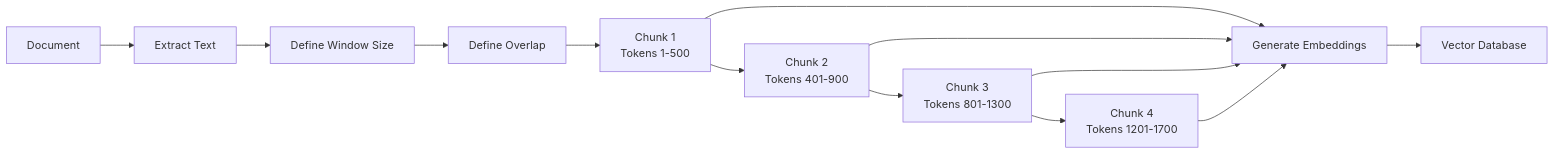
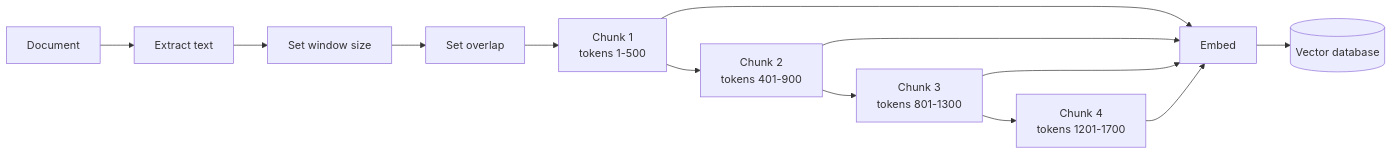
The third of 6 diagrams in app/demos/rag/chunking/README.md (jjaaxx44/genai-personal-lab-rag), drawn with Mermaid before and after one commit. The commit also changed other lines of this file and 32 other files, not shown here.

````diff
--- a/app/demos/rag/chunking/README.md
+++ b/app/demos/rag/chunking/README.md
@@ -62,18 +51,15 @@
 ```mermaid
 flowchart LR
-    A[Document] --> B[Extract Text]
-    B --> C[Define Window Size]
-    C --> D[Define Overlap]
-
-    D --> E[Chunk 1<br/>Tokens 1-500]
-    E --> F[Chunk 2<br/>Tokens 401-900]
-    F --> G[Chunk 3<br/>Tokens 801-1300]
-    G --> H[Chunk 4<br/>Tokens 1201-1700]
-
-    E --> I[Generate Embeddings]
-    F --> I
-    G --> I
-    H --> I
-
-    I --> J[Vector Database]
+  A["Document"] --> B["Extract text"]
+  B --> C["Set window size"]
+  C --> D["Set overlap"]
+  D --> E["Chunk 1<br/>tokens 1-500"]
+  E --> F["Chunk 2<br/>tokens 401-900"]
+  F --> G["Chunk 3<br/>tokens 801-1300"]
+  G --> H["Chunk 4<br/>tokens 1201-1700"]
+  E --> I["Embed"]
+  F --> I
+  G --> I
+  H --> I
+  I --> J[("Vector database")]
 ```
````
